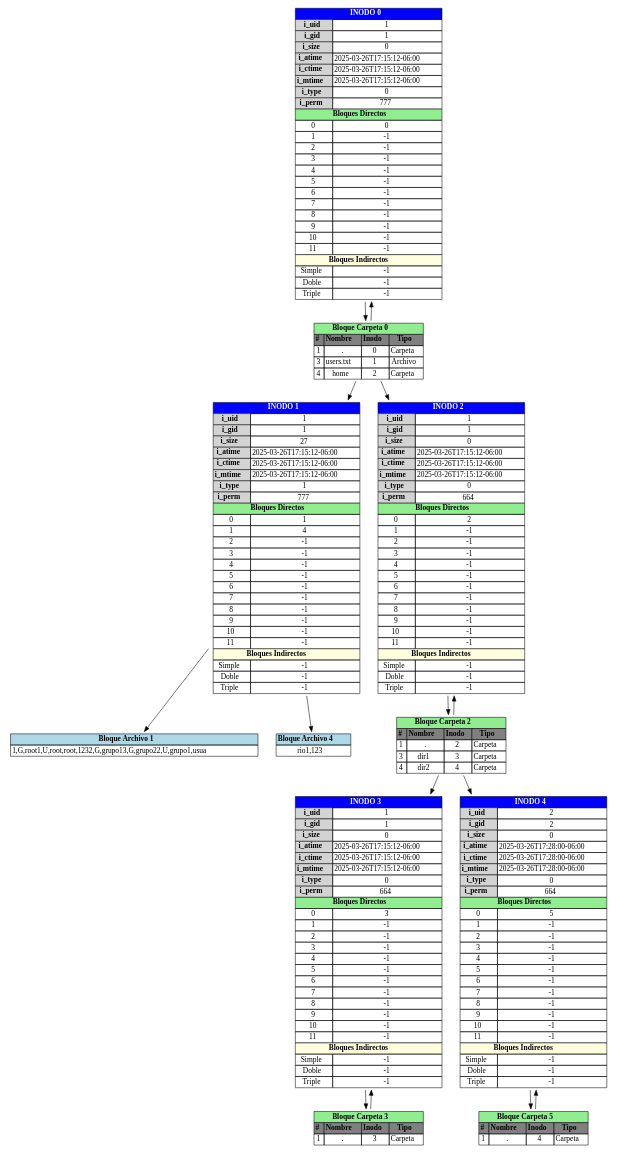
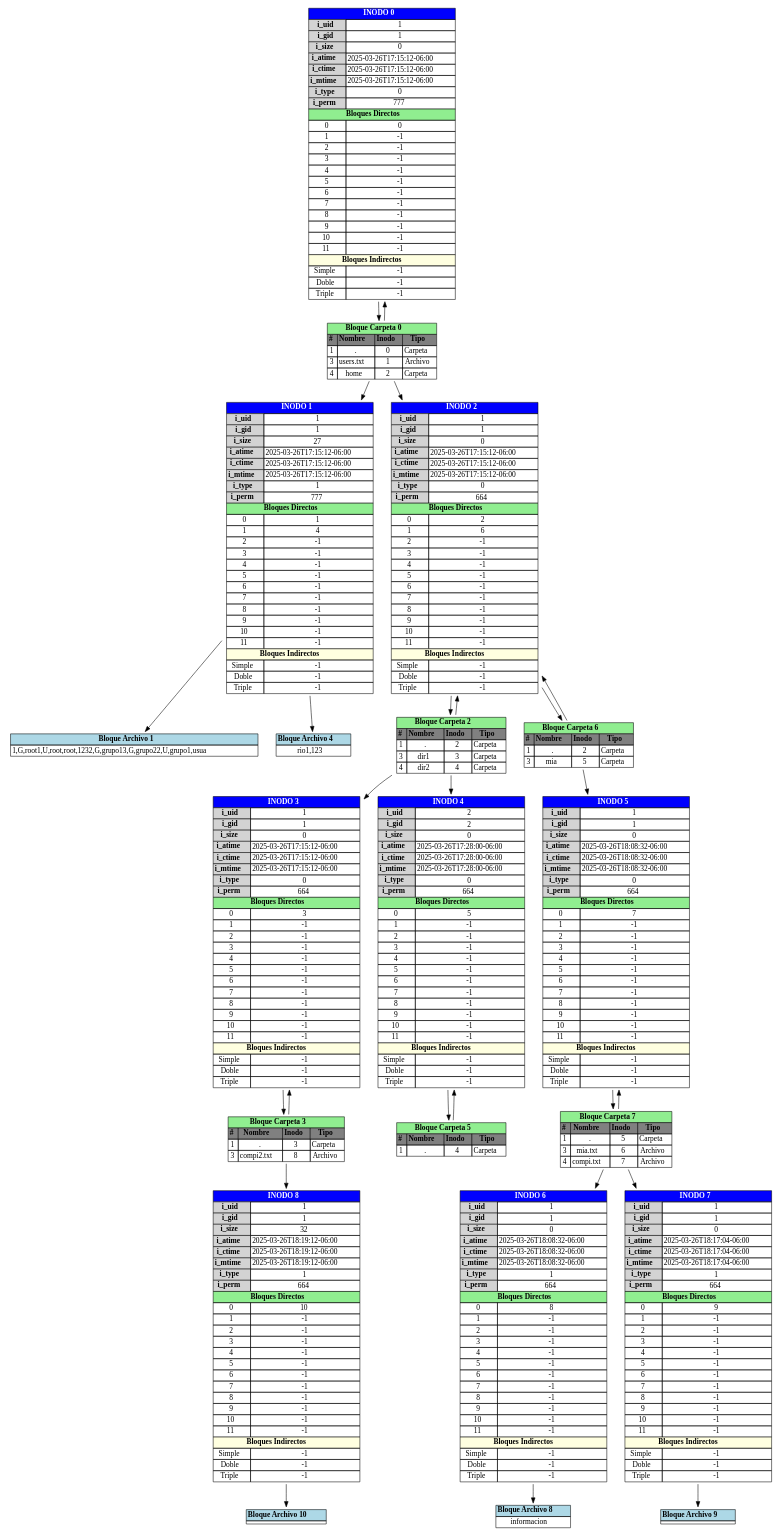
The diagram in backend/output/report_tree.dot (AbdielOtzoy/MIA_1S2025_P1_202300350), drawn with Graphviz before and after one commit. The commit also changed 10 other files, not shown here.

```diff
--- a/backend/output/report_tree.dot
+++ b/backend/output/report_tree.dot
@@ -64,7 +64,7 @@
 			<tr><td bgcolor="lightgray"><b>i_type</b></td><td>0</td></tr>
 			<tr><td bgcolor="lightgray"><b>i_perm</b></td><td>664</td></tr>
 			<tr><td colspan="2" bgcolor="lightgreen"><b>Bloques Directos</b></td></tr>
-	<tr><td>0</td><td>2</td></tr><tr><td>1</td><td>-1</td></tr><tr><td>2</td><td>-1</td></tr><tr><td>3</td><td>-1</td></tr><tr><td>4</td><td>-1</td></tr><tr><td>5</td><td>-1</td></tr><tr><td>6</td><td>-1</td></tr><tr><td>7</td><td>-1</td></tr><tr><td>8</td><td>-1</td></tr><tr><td>9</td><td>-1</td></tr><tr><td>10</td><td>-1</td></tr><tr><td>11</td><td>-1</td></tr>
+	<tr><td>0</td><td>2</td></tr><tr><td>1</td><td>6</td></tr><tr><td>2</td><td>-1</td></tr><tr><td>3</td><td>-1</td></tr><tr><td>4</td><td>-1</td></tr><tr><td>5</td><td>-1</td></tr><tr><td>6</td><td>-1</td></tr><tr><td>7</td><td>-1</td></tr><tr><td>8</td><td>-1</td></tr><tr><td>9</td><td>-1</td></tr><tr><td>10</td><td>-1</td></tr><tr><td>11</td><td>-1</td></tr>
 			<tr><td colspan="2" bgcolor="lightyellow"><b>Bloques Indirectos</b></td></tr>
 			<tr><td>Simple</td><td>-1</td></tr>
 			<tr><td>Doble</td><td>-1</td></tr>
@@ -88,7 +88,30 @@
 			<tr><td>Doble</td><td>-1</td></tr>
 			<tr><td>Triple</td><td>-1</td></tr>
 		</table>>];
-	block3 [label=<
+	inode8 [label=<
+		<table border="0" cellborder="1" cellspacing="0">
+			<tr><td colspan="2" bgcolor="blue"><font color="white"><b>INODO 8</b></font></td></tr>
+			<tr><td bgcolor="lightgray"><b>i_uid</b></td><td>1</td></tr>
+			<tr><td bgcolor="lightgray"><b>i_gid</b></td><td>1</td></tr>
+			<tr><td bgcolor="lightgray"><b>i_size</b></td><td>32</td></tr>
+			<tr><td bgcolor="lightgray"><b>i_atime</b></td><td>2025-03-26T18:19:12-06:00</td></tr>
+			<tr><td bgcolor="lightgray"><b>i_ctime</b></td><td>2025-03-26T18:19:12-06:00</td></tr>
+			<tr><td bgcolor="lightgray"><b>i_mtime</b></td><td>2025-03-26T18:19:12-06:00</td></tr>
+			<tr><td bgcolor="lightgray"><b>i_type</b></td><td>1</td></tr>
+			<tr><td bgcolor="lightgray"><b>i_perm</b></td><td>664</td></tr>
+			<tr><td colspan="2" bgcolor="lightgreen"><b>Bloques Directos</b></td></tr>
+	<tr><td>0</td><td>10</td></tr><tr><td>1</td><td>-1</td></tr><tr><td>2</td><td>-1</td></tr><tr><td>3</td><td>-1</td></tr><tr><td>4</td><td>-1</td></tr><tr><td>5</td><td>-1</td></tr><tr><td>6</td><td>-1</td></tr><tr><td>7</td><td>-1</td></tr><tr><td>8</td><td>-1</td></tr><tr><td>9</td><td>-1</td></tr><tr><td>10</td><td>-1</td></tr><tr><td>11</td><td>-1</td></tr>
+			<tr><td colspan="2" bgcolor="lightyellow"><b>Bloques Indirectos</b></td></tr>
+			<tr><td>Simple</td><td>-1</td></tr>
+			<tr><td>Doble</td><td>-1</td></tr>
+			<tr><td>Triple</td><td>-1</td></tr>
+		</table>>];
+	block10 [label=<
+				<table border="0" cellborder="1" cellspacing="0">
+					<tr><td bgcolor="lightblue"><b>Bloque Archivo 10</b></td></tr>
+					<tr><td></td></tr>
+				</table>>];
+			block3 [label=<
 				<table border="0" cellborder="1" cellspacing="0">
 					<tr><td colspan="4" bgcolor="lightgreen"><b>Bloque Carpeta 3</b></td></tr>
 					<tr>
@@ -103,7 +126,14 @@
 						<td>.</td>
 						<td>3</td>
 						<td>Carpeta</td>
+					</tr>
+					<tr>
+						<td>3</td>
+						<td>compi2.txt</td>
+						<td>8</td>
+						<td>Archivo</td>
 					</tr></table>>];
+inode8 -> block10 [color=black];
 inode4 [label=<
 		<table border="0" cellborder="1" cellspacing="0">
 			<tr><td colspan="2" bgcolor="blue"><font color="white"><b>INODO 4</b></font></td></tr>
@@ -138,6 +168,100 @@
 						<td>4</td>
 						<td>Carpeta</td>
 					</tr></table>>];
+inode5 [label=<
+		<table border="0" cellborder="1" cellspacing="0">
+			<tr><td colspan="2" bgcolor="blue"><font color="white"><b>INODO 5</b></font></td></tr>
+			<tr><td bgcolor="lightgray"><b>i_uid</b></td><td>1</td></tr>
+			<tr><td bgcolor="lightgray"><b>i_gid</b></td><td>1</td></tr>
+			<tr><td bgcolor="lightgray"><b>i_size</b></td><td>0</td></tr>
+			<tr><td bgcolor="lightgray"><b>i_atime</b></td><td>2025-03-26T18:08:32-06:00</td></tr>
+			<tr><td bgcolor="lightgray"><b>i_ctime</b></td><td>2025-03-26T18:08:32-06:00</td></tr>
+			<tr><td bgcolor="lightgray"><b>i_mtime</b></td><td>2025-03-26T18:08:32-06:00</td></tr>
+			<tr><td bgcolor="lightgray"><b>i_type</b></td><td>0</td></tr>
+			<tr><td bgcolor="lightgray"><b>i_perm</b></td><td>664</td></tr>
+			<tr><td colspan="2" bgcolor="lightgreen"><b>Bloques Directos</b></td></tr>
+	<tr><td>0</td><td>7</td></tr><tr><td>1</td><td>-1</td></tr><tr><td>2</td><td>-1</td></tr><tr><td>3</td><td>-1</td></tr><tr><td>4</td><td>-1</td></tr><tr><td>5</td><td>-1</td></tr><tr><td>6</td><td>-1</td></tr><tr><td>7</td><td>-1</td></tr><tr><td>8</td><td>-1</td></tr><tr><td>9</td><td>-1</td></tr><tr><td>10</td><td>-1</td></tr><tr><td>11</td><td>-1</td></tr>
+			<tr><td colspan="2" bgcolor="lightyellow"><b>Bloques Indirectos</b></td></tr>
+			<tr><td>Simple</td><td>-1</td></tr>
+			<tr><td>Doble</td><td>-1</td></tr>
+			<tr><td>Triple</td><td>-1</td></tr>
+		</table>>];
+	inode6 [label=<
+		<table border="0" cellborder="1" cellspacing="0">
+			<tr><td colspan="2" bgcolor="blue"><font color="white"><b>INODO 6</b></font></td></tr>
+			<tr><td bgcolor="lightgray"><b>i_uid</b></td><td>1</td></tr>
+			<tr><td bgcolor="lightgray"><b>i_gid</b></td><td>1</td></tr>
+			<tr><td bgcolor="lightgray"><b>i_size</b></td><td>0</td></tr>
+			<tr><td bgcolor="lightgray"><b>i_atime</b></td><td>2025-03-26T18:08:32-06:00</td></tr>
+			<tr><td bgcolor="lightgray"><b>i_ctime</b></td><td>2025-03-26T18:08:32-06:00</td></tr>
+			<tr><td bgcolor="lightgray"><b>i_mtime</b></td><td>2025-03-26T18:08:32-06:00</td></tr>
+			<tr><td bgcolor="lightgray"><b>i_type</b></td><td>1</td></tr>
+			<tr><td bgcolor="lightgray"><b>i_perm</b></td><td>664</td></tr>
+			<tr><td colspan="2" bgcolor="lightgreen"><b>Bloques Directos</b></td></tr>
+	<tr><td>0</td><td>8</td></tr><tr><td>1</td><td>-1</td></tr><tr><td>2</td><td>-1</td></tr><tr><td>3</td><td>-1</td></tr><tr><td>4</td><td>-1</td></tr><tr><td>5</td><td>-1</td></tr><tr><td>6</td><td>-1</td></tr><tr><td>7</td><td>-1</td></tr><tr><td>8</td><td>-1</td></tr><tr><td>9</td><td>-1</td></tr><tr><td>10</td><td>-1</td></tr><tr><td>11</td><td>-1</td></tr>
+			<tr><td colspan="2" bgcolor="lightyellow"><b>Bloques Indirectos</b></td></tr>
+			<tr><td>Simple</td><td>-1</td></tr>
+			<tr><td>Doble</td><td>-1</td></tr>
+			<tr><td>Triple</td><td>-1</td></tr>
+		</table>>];
+	block8 [label=<
+				<table border="0" cellborder="1" cellspacing="0">
+					<tr><td bgcolor="lightblue"><b>Bloque Archivo 8</b></td></tr>
+					<tr><td>informacion</td></tr>
+				</table>>];
+			inode7 [label=<
+		<table border="0" cellborder="1" cellspacing="0">
+			<tr><td colspan="2" bgcolor="blue"><font color="white"><b>INODO 7</b></font></td></tr>
+			<tr><td bgcolor="lightgray"><b>i_uid</b></td><td>1</td></tr>
+			<tr><td bgcolor="lightgray"><b>i_gid</b></td><td>1</td></tr>
+			<tr><td bgcolor="lightgray"><b>i_size</b></td><td>0</td></tr>
+			<tr><td bgcolor="lightgray"><b>i_atime</b></td><td>2025-03-26T18:17:04-06:00</td></tr>
+			<tr><td bgcolor="lightgray"><b>i_ctime</b></td><td>2025-03-26T18:17:04-06:00</td></tr>
+			<tr><td bgcolor="lightgray"><b>i_mtime</b></td><td>2025-03-26T18:17:04-06:00</td></tr>
+			<tr><td bgcolor="lightgray"><b>i_type</b></td><td>1</td></tr>
+			<tr><td bgcolor="lightgray"><b>i_perm</b></td><td>664</td></tr>
+			<tr><td colspan="2" bgcolor="lightgreen"><b>Bloques Directos</b></td></tr>
+	<tr><td>0</td><td>9</td></tr><tr><td>1</td><td>-1</td></tr><tr><td>2</td><td>-1</td></tr><tr><td>3</td><td>-1</td></tr><tr><td>4</td><td>-1</td></tr><tr><td>5</td><td>-1</td></tr><tr><td>6</td><td>-1</td></tr><tr><td>7</td><td>-1</td></tr><tr><td>8</td><td>-1</td></tr><tr><td>9</td><td>-1</td></tr><tr><td>10</td><td>-1</td></tr><tr><td>11</td><td>-1</td></tr>
+			<tr><td colspan="2" bgcolor="lightyellow"><b>Bloques Indirectos</b></td></tr>
+			<tr><td>Simple</td><td>-1</td></tr>
+			<tr><td>Doble</td><td>-1</td></tr>
+			<tr><td>Triple</td><td>-1</td></tr>
+		</table>>];
+	block9 [label=<
+				<table border="0" cellborder="1" cellspacing="0">
+					<tr><td bgcolor="lightblue"><b>Bloque Archivo 9</b></td></tr>
+					<tr><td></td></tr>
+				</table>>];
+			block7 [label=<
+				<table border="0" cellborder="1" cellspacing="0">
+					<tr><td colspan="4" bgcolor="lightgreen"><b>Bloque Carpeta 7</b></td></tr>
+					<tr>
+						<td bgcolor="gray"><b>#</b></td>
+						<td bgcolor="gray"><b>Nombre</b></td>
+						<td bgcolor="gray"><b>Inodo</b></td>
+						<td bgcolor="gray"><b>Tipo</b></td>
+					</tr>
+				
+					<tr>
+						<td>1</td>
+						<td>.</td>
+						<td>5</td>
+						<td>Carpeta</td>
+					</tr>
+					<tr>
+						<td>3</td>
+						<td>mia.txt</td>
+						<td>6</td>
+						<td>Archivo</td>
+					</tr>
+					<tr>
+						<td>4</td>
+						<td>compi.txt</td>
+						<td>7</td>
+						<td>Archivo</td>
+					</tr></table>>];
+inode6 -> block8 [color=black];
+inode7 -> block9 [color=black];
 block2 [label=<
 				<table border="0" cellborder="1" cellspacing="0">
 					<tr><td colspan="4" bgcolor="lightgreen"><b>Bloque Carpeta 2</b></td></tr>
@@ -166,10 +290,37 @@
 						<td>4</td>
 						<td>Carpeta</td>
 					</tr></table>>];
+block6 [label=<
+				<table border="0" cellborder="1" cellspacing="0">
+					<tr><td colspan="4" bgcolor="lightgreen"><b>Bloque Carpeta 6</b></td></tr>
+					<tr>
+						<td bgcolor="gray"><b>#</b></td>
+						<td bgcolor="gray"><b>Nombre</b></td>
+						<td bgcolor="gray"><b>Inodo</b></td>
+						<td bgcolor="gray"><b>Tipo</b></td>
+					</tr>
+				
+					<tr>
+						<td>1</td>
+						<td>.</td>
+						<td>2</td>
+						<td>Carpeta</td>
+					</tr>
+					<tr>
+						<td>3</td>
+						<td>mia</td>
+						<td>5</td>
+						<td>Carpeta</td>
+					</tr></table>>];
 block3 -> inode3 [color=black];
+block3 -> inode8 [color=black];
 inode3 -> block3 [color=black];
 block5 -> inode4 [color=black];
 inode4 -> block5 [color=black];
+block7 -> inode5 [color=black];
+block7 -> inode6 [color=black];
+block7 -> inode7 [color=black];
+inode5 -> block7 [color=black];
 block0 [label=<
 				<table border="0" cellborder="1" cellspacing="0">
 					<tr><td colspan="4" bgcolor="lightgreen"><b>Bloque Carpeta 0</b></td></tr>
@@ -204,6 +355,9 @@
 block2 -> inode3 [color=black];
 block2 -> inode4 [color=black];
 inode2 -> block2 [color=black];
+block6 -> inode2 [color=black];
+block6 -> inode5 [color=black];
+inode2 -> block6 [color=black];
 block0 -> inode0 [color=black];
 block0 -> inode1 [color=black];
 block0 -> inode2 [color=black];
```
